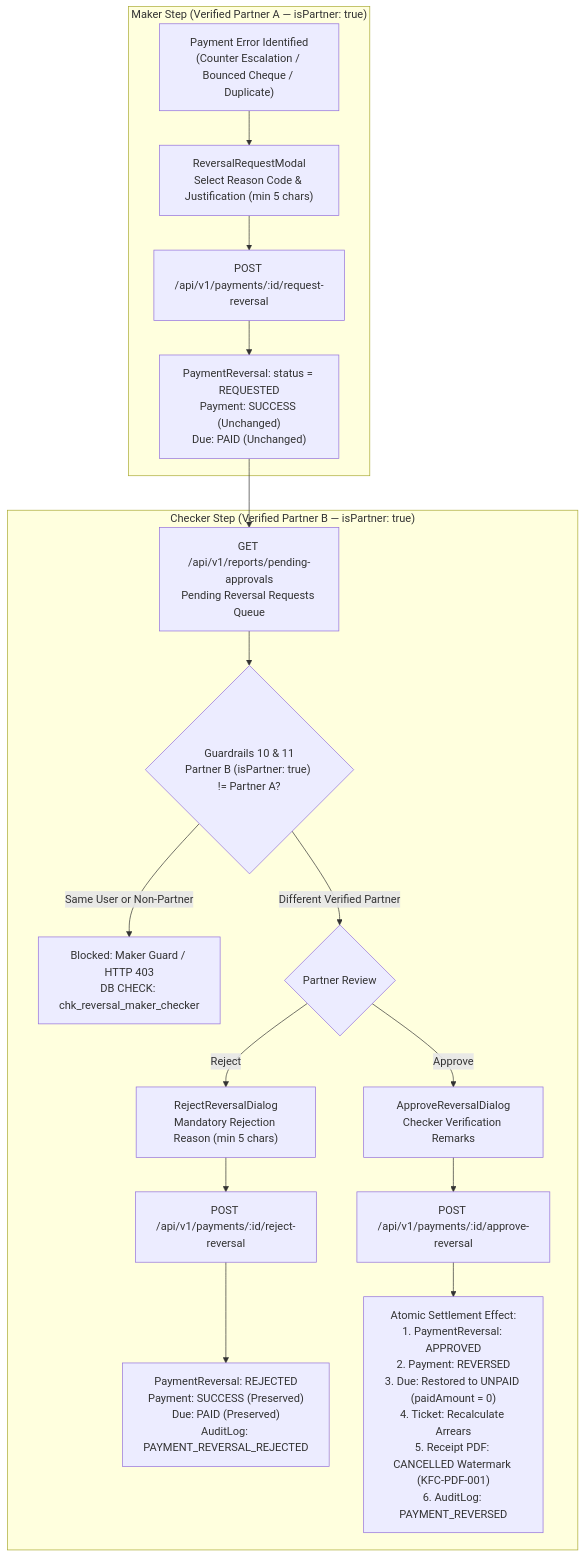
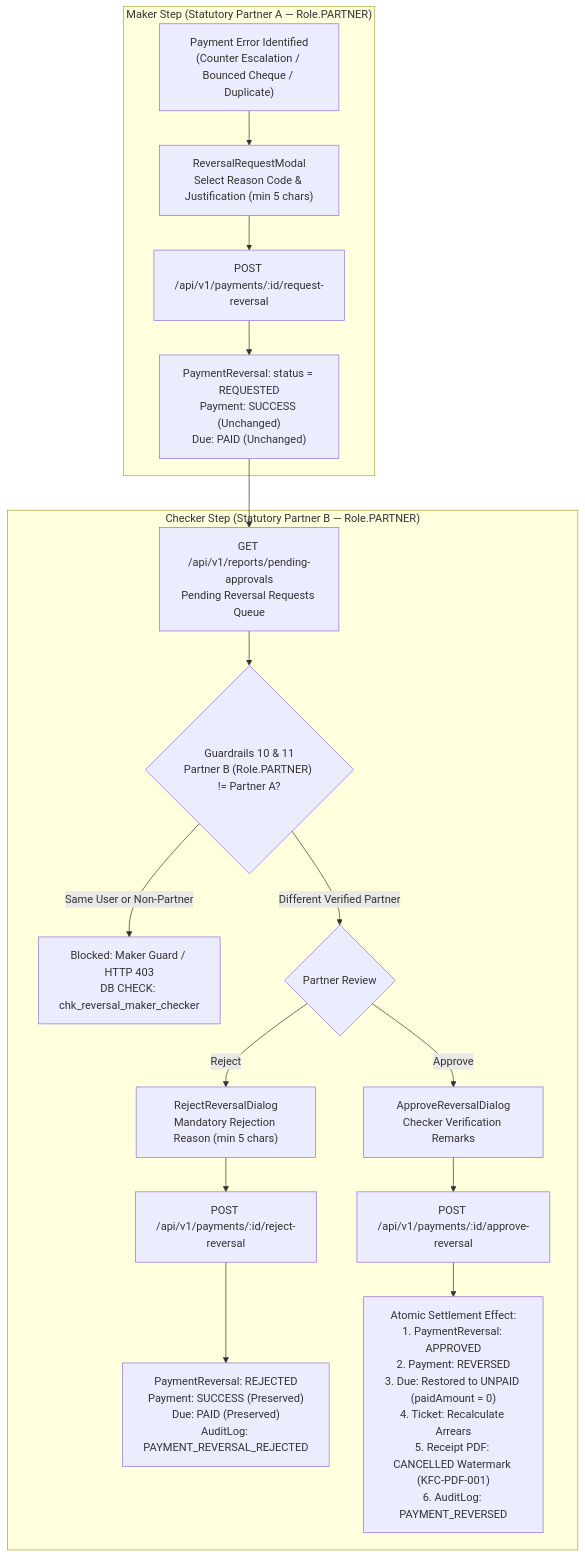
One commit to Kathir-24/Kumaran-finance changed the diagram in docs/web/payment-reversals.md. Above: the diagram before and after it, drawn with Mermaid. The commit also changed other lines of this file and 189 other files, not shown here.

````diff
--- a/docs/web/payment-reversals.md
+++ b/docs/web/payment-reversals.md
@@ -66,23 +66,23 @@
 ```mermaid
 flowchart TD
-    subgraph MakerWorkflow["Maker Step (Verified Partner A — isPartner: true)"]
+    subgraph MakerWorkflow["Maker Step (Statutory Partner A — Role.PARTNER)"]
         ERR["Payment Error Identified\n(Counter Escalation / Bounced Cheque / Duplicate)"] --> REQMOD["ReversalRequestModal\nSelect Reason Code & Justification (min 5 chars)"]
         REQMOD --> POST_REQ["POST /api/v1/payments/:id/request-reversal"]
         POST_REQ --> PEND["PaymentReversal: status = REQUESTED\nPayment: SUCCESS (Unchanged)\nDue: PAID (Unchanged)"]
     end
 
-    subgraph CheckerWorkflow["Checker Step (Verified Partner B — isPartner: true)"]
+    subgraph CheckerWorkflow["Checker Step (Statutory Partner B — Role.PARTNER)"]
         PEND --> QUEUE["GET /api/v1/reports/pending-approvals\nPending Reversal Requests Queue"]
-        QUEUE --> G10{"Guardrails 10 & 11\nPartner B (isPartner: true) != Partner A?"}
+        QUEUE --> G10{"Guardrails 10 & 11\nPartner B (Role.PARTNER) != Partner A?"}
         G10 -- "Same User or Non-Partner" --> BLK["Blocked: Maker Guard / HTTP 403\nDB CHECK: chk_reversal_maker_checker"]
         G10 -- "Different Verified Partner" --> DECIDE{"Partner Review"}
         
         DECIDE -- "Reject" --> REJMOD["RejectReversalDialog\nMandatory Rejection Reason (min 5 chars)"]
         REJMOD --> POST_REJ["POST /api/v1/payments/:id/reject-reversal"]
         POST_REJ --> REJ_RES["PaymentReversal: REJECTED\nPayment: SUCCESS (Preserved)\nDue: PAID (Preserved)\nAuditLog: PAYMENT_REVERSAL_REJECTED"]
 
         DECIDE -- "Approve" --> APPMOD["ApproveReversalDialog\nChecker Verification Remarks"]
         APPMOD --> POST_APP["POST /api/v1/payments/:id/approve-reversal"]
         POST_APP --> APP_RES["Atomic Settlement Effect:\n1. PaymentReversal: APPROVED\n2. Payment: REVERSED\n3. Due: Restored to UNPAID (paidAmount = 0)\n4. Ticket: Recalculate Arrears\n5. Receipt PDF: CANCELLED Watermark (KFC-PDF-001)\n6. AuditLog: PAYMENT_REVERSED"]
     end
 ```
````
